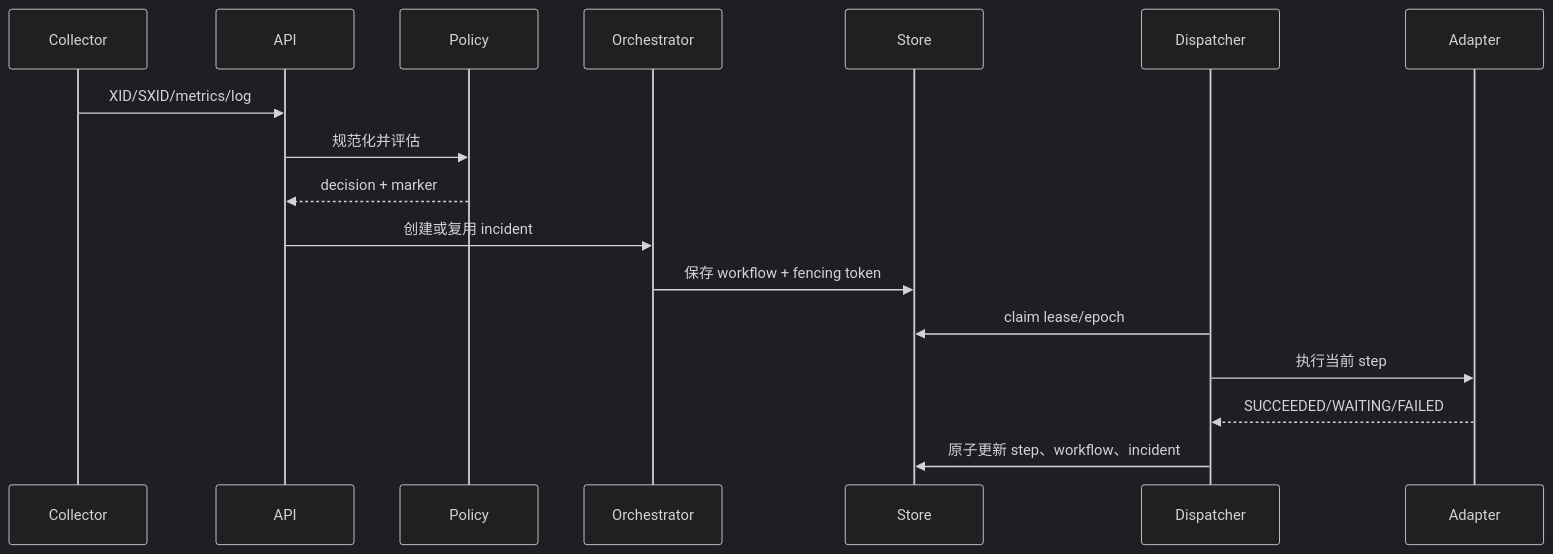
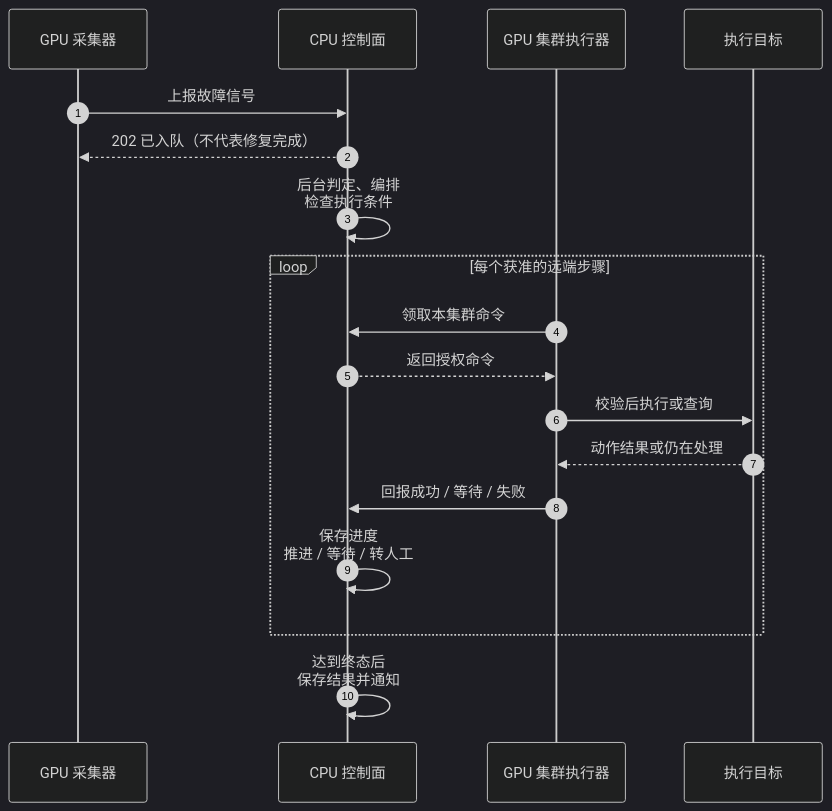
Before and after one commit to yuhuiaws/GPU-Fault-Recovery-System: the sixth of 9 diagrams in docs/概要设计.md, drawn with Mermaid (dark theme). The commit also changed other lines of this file and 1 other file, not shown here.

Commit message:
Document proactive fault handling sequences at overview and detail levels

````diff
--- a/docs/概要设计.md
+++ b/docs/概要设计.md
@@ -755,20 +757,20 @@
 ```mermaid
 sequenceDiagram
-    participant C as Collector
-    participant A as API
-    participant P as Policy
-    participant O as Orchestrator
-    participant S as Store
-    participant D as Dispatcher
-    participant X as Adapter
-
-    C->>A: XID/SXID/metrics/log
-    A->>P: 规范化并评估
-    P-->>A: decision + marker
-    A->>O: 创建或复用 incident
-    O->>S: 保存 workflow + fencing token
-    D->>S: claim lease/epoch
-    D->>X: 执行当前 step
-    X-->>D: SUCCEEDED/WAITING/FAILED
-    D->>S: 原子更新 step、workflow、incident
+    autonumber
+    participant C as GPU 采集器
+    participant P as CPU 控制面
+    participant E as GPU 集群执行器
+    participant T as 执行目标
+    C->>P: 上报故障信号
+    P-->>C: 202 已入队（不代表修复完成）
+    P->>P: 后台判定、编排<br/>检查执行条件
+    loop 每个获准的远端步骤
+        E->>P: 领取本集群命令
+        P-->>E: 返回授权命令
+        E->>T: 校验后执行或查询
+        T-->>E: 动作结果或仍在处理
+        E->>P: 回报成功 / 等待 / 失败
+        P->>P: 保存进度<br/>推进 / 等待 / 转人工
+    end
+    P->>P: 达到终态后<br/>保存结果并通知
 ```
````
